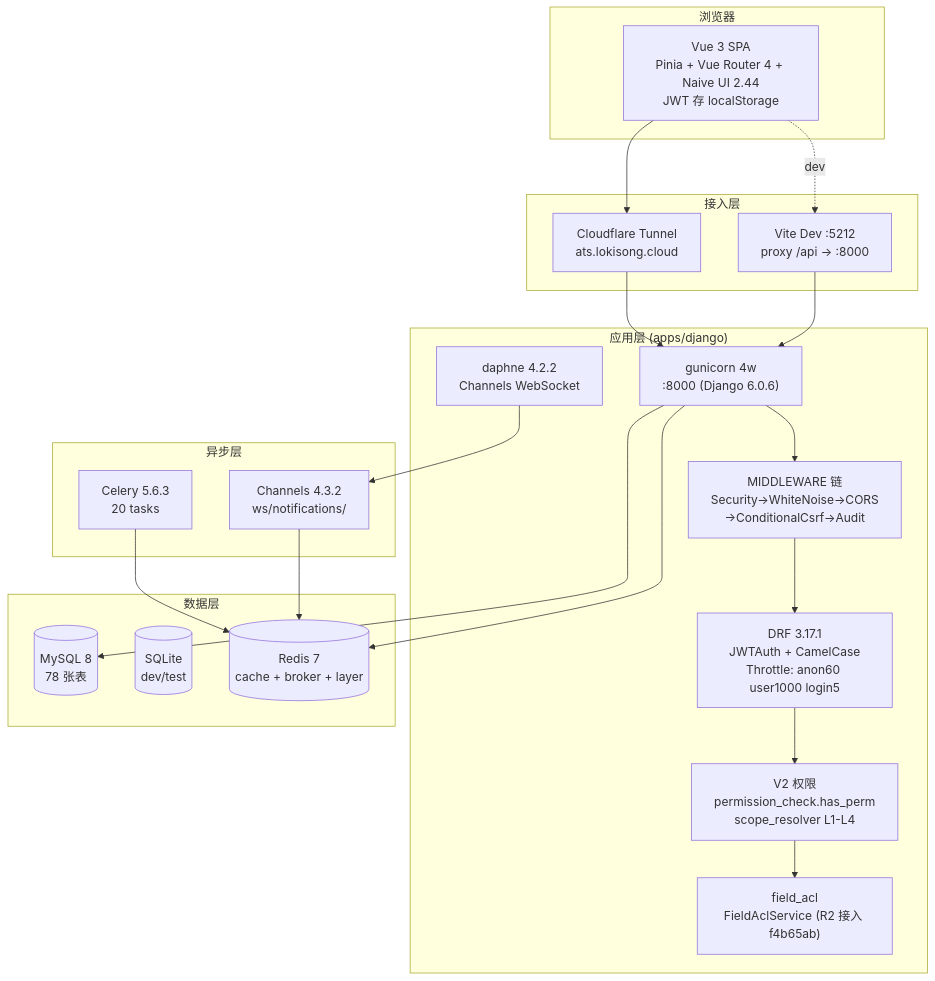
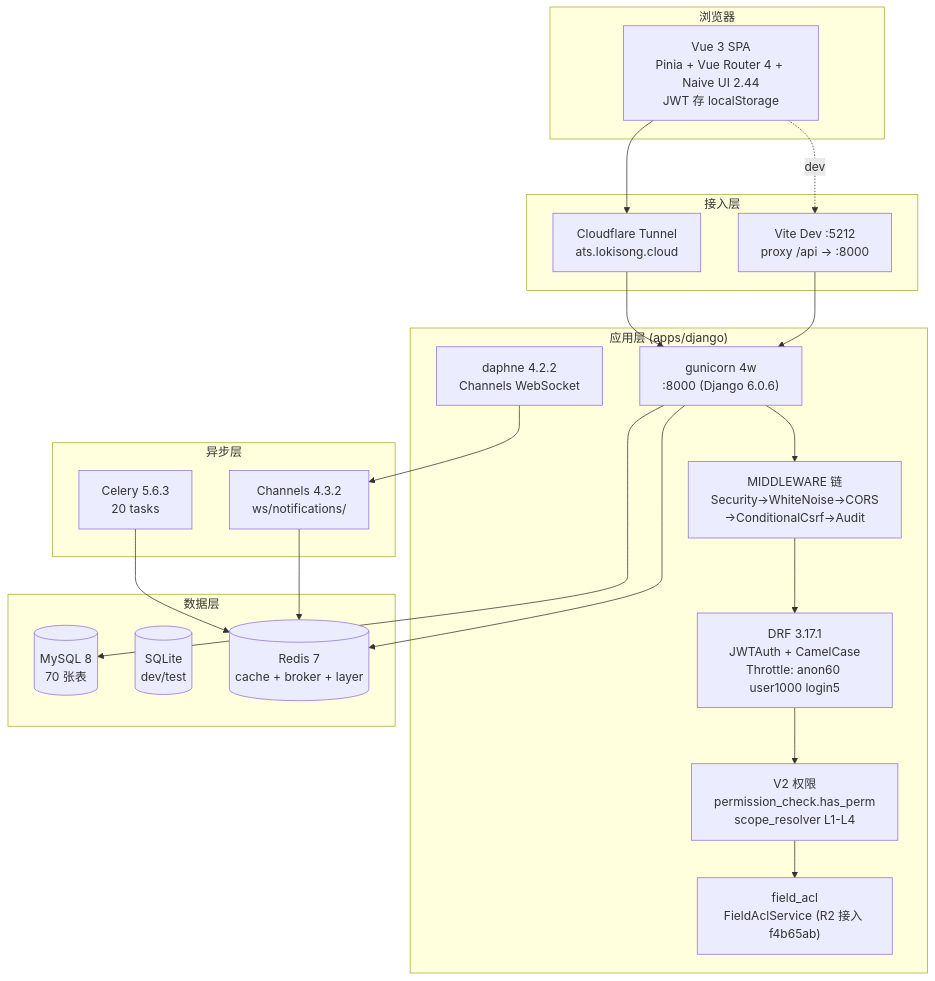
One commit to Loki124/ATS-NEW changed the diagram in docs/02-architecture/technical.md. Above: the diagram before and after it, drawn with Mermaid. The commit also changed other lines of this file and 13 other files, not shown here.

First line of the commit message:
docs: P0 calibration of architecture/backend/frontend metrics

````diff
--- a/docs/02-architecture/technical.md
+++ b/docs/02-architecture/technical.md
@@ -28,40 +28,40 @@
 ```mermaid
 graph TB
   subgraph Client["浏览器"]
     SPA["Vue 3 SPA<br/>Pinia + Vue Router 4 + Naive UI 2.44<br/>JWT 存 localStorage"]
   end
 
   subgraph Edge["接入层"]
     CF["Cloudflare Tunnel<br/>ats.lokisong.cloud"]
     VITE["Vite Dev :5212<br/>proxy /api → :8000"]
   end
 
   subgraph App["应用层 (apps/django)"]
     GUN["gunicorn 4w<br/>:8000 (Django 6.0.6)"]
     DAPH["daphne 4.2.2<br/>Channels WebSocket"]
     MW["MIDDLEWARE 链<br/>Security→WhiteNoise→CORS<br/>→ConditionalCsrf→Audit"]
     DRF["DRF 3.17.1<br/>JWTAuth + CamelCase<br/>Throttle: anon60 user1000 login5"]
     V2["V2 权限<br/>permission_check.has_perm<br/>scope_resolver L1-L4"]
     ACL["field_acl<br/>FieldAclService (R2 接入 f4b65ab)"]
   end
 
   subgraph Data["数据层"]
-    MY[("MySQL 8<br/>78 张表")]
+    MY[("MySQL 8<br/>70 张表")]
     SQ[("SQLite<br/>dev/test")]
     RD[("Redis 7<br/>cache + broker + layer")]
   end
 
   subgraph Async["异步层"]
     CEL["Celery 5.6.3<br/>20 tasks"]
     CH["Channels 4.3.2<br/>ws/notifications/"]
   end
 
   SPA --> CF --> GUN
   SPA -.dev.-> VITE --> GUN
   GUN --> MW --> DRF --> V2
   V2 --> ACL
   GUN --> MY & RD
   CEL --> RD
   CH --> RD
   DAPH --> CH
 ```
````
